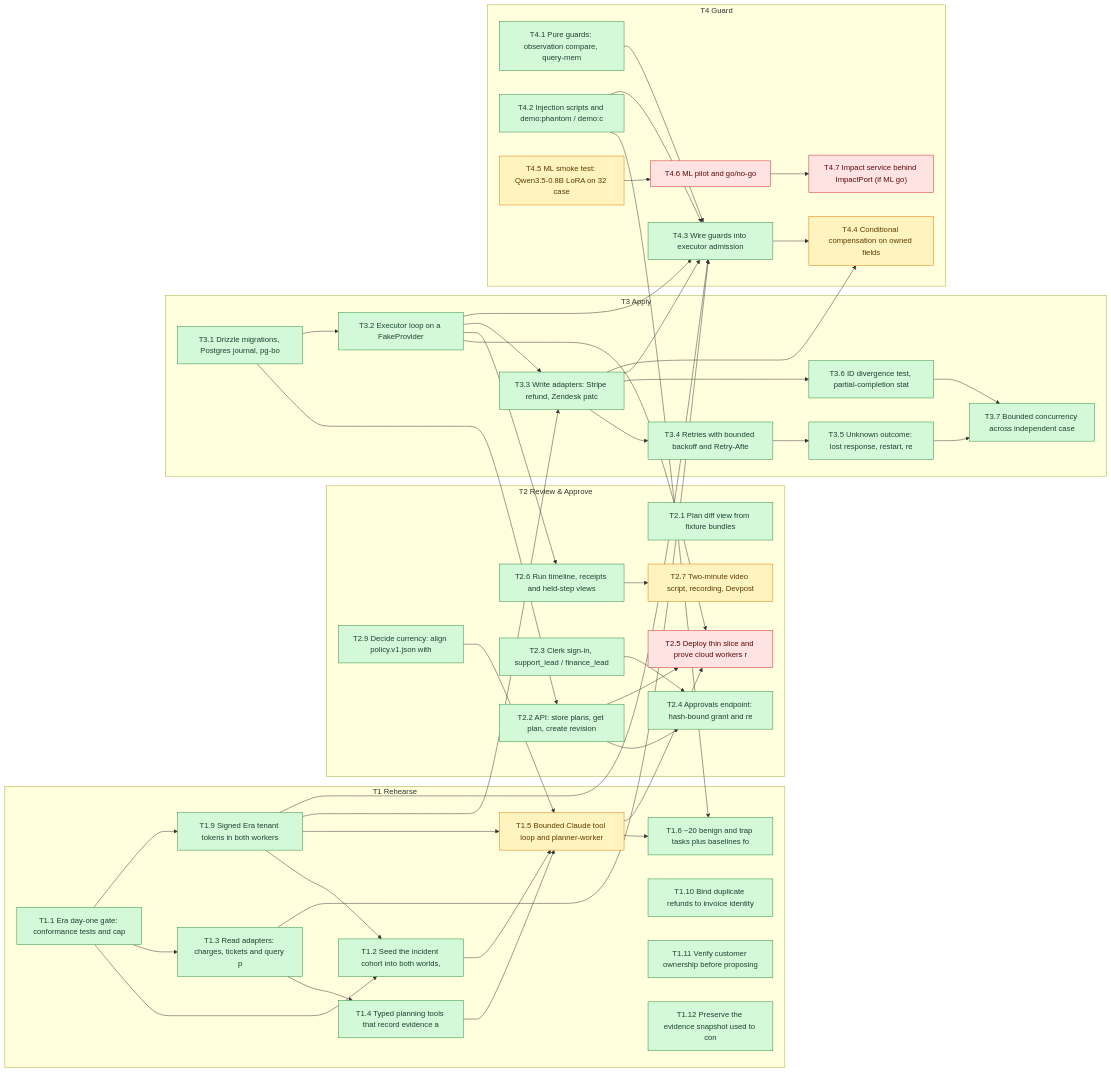
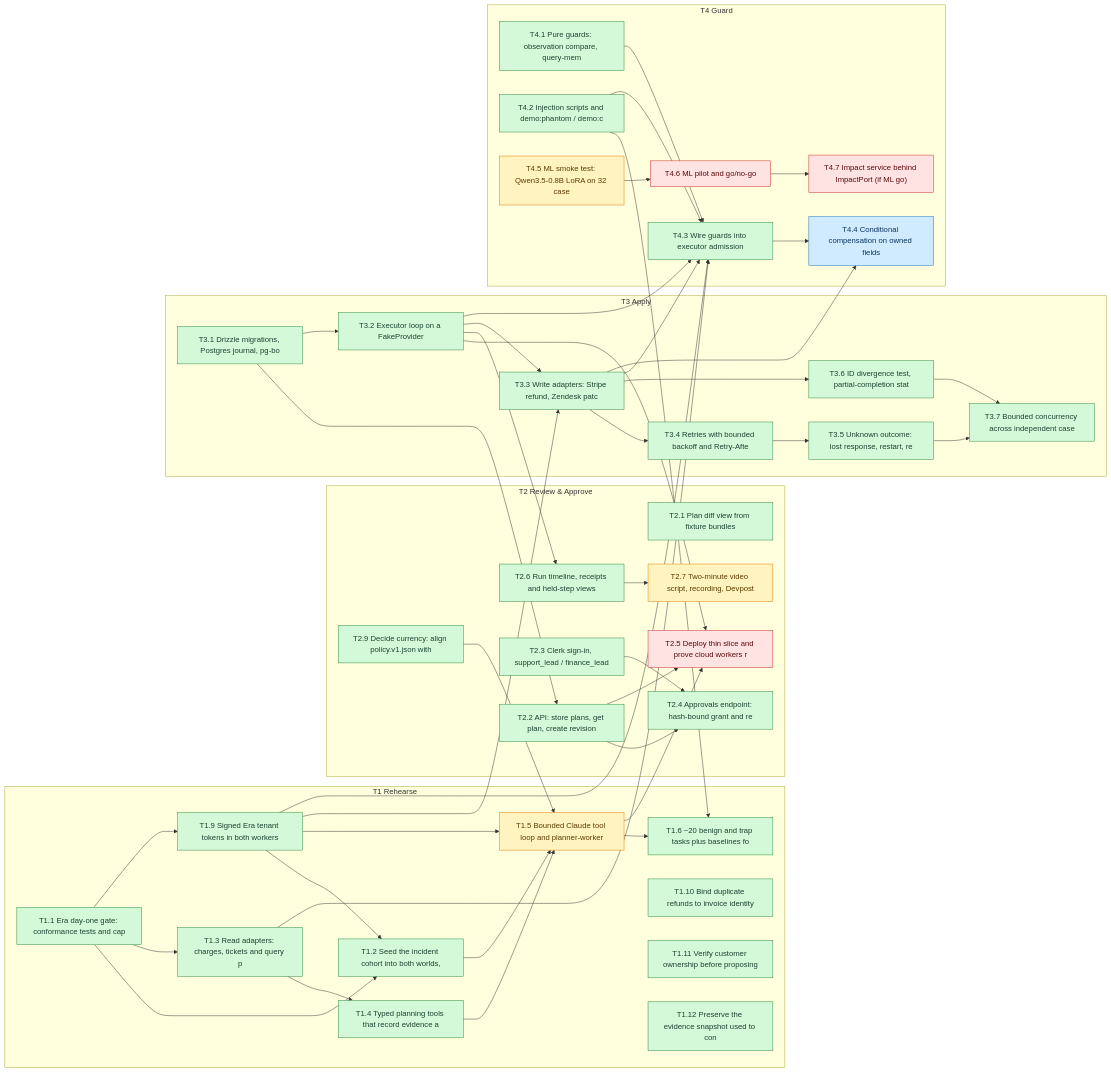
Before and after one commit to SoroushRF/Rehearsal: the diagram in BLOCKERS.md, drawn with Mermaid. The commit also changed other lines of this file, not shown here.

Commit message:
Update blocker board

```diff
--- a/BLOCKERS.md
+++ b/BLOCKERS.md
@@ -123,7 +123,7 @@
     T4_1["T4.1 Pure guards: observation compare, query-mem"]:::done
     T4_2["T4.2 Injection scripts and demo:phantom / demo:c"]:::done
     T4_3["T4.3 Wire guards into executor admission"]:::done
-    T4_4["T4.4 Conditional compensation on owned fields"]:::ready
+    T4_4["T4.4 Conditional compensation on owned fields"]:::review
     T4_5["T4.5 ML smoke test: Qwen3.5-0.8B LoRA on 32 case"]:::ready
     T4_6["T4.6 ML pilot and go/no-go"]:::blocked
     T4_7["T4.7 Impact service behind ImpactPort (if ML go)"]:::blocked
```
